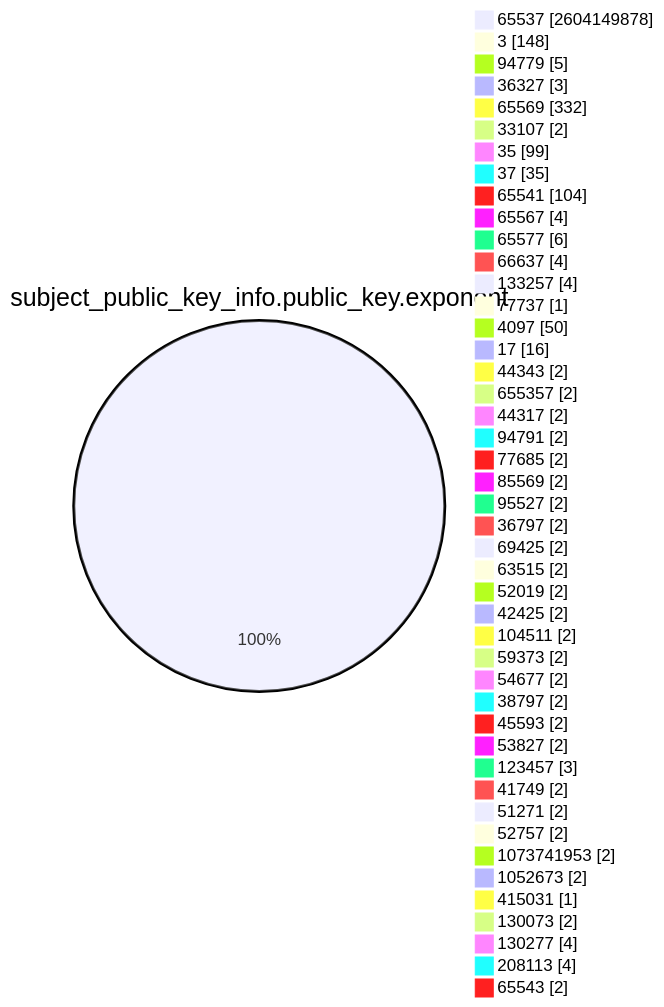
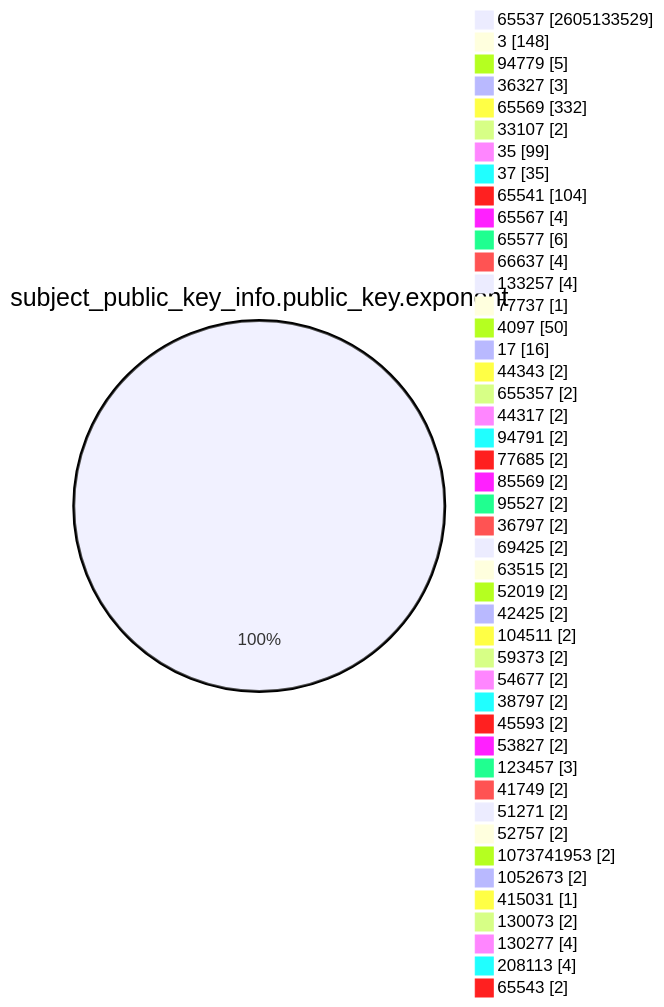
Before and after one commit to christiankrug/ctmonitor_visualization: the fourth of 15 diagrams in TOTAL/README.md, drawn with Mermaid. The commit also changed other lines of this file, not shown here.

````diff
--- a/TOTAL/README.md
+++ b/TOTAL/README.md
@@ -1465,49 +1465,49 @@
 ```mermaid
 pie showData
 title subject_public_key_info.public_key.exponent
-"65537" :2604149878
+"65537" :2605133529
 "3" :148
 "94779" :5
 "36327" :3
 "65569" :332
 "33107" :2
 "35" :99
 "37" :35
 "65541" :104
 "65567" :4
 "65577" :6
 "66637" :4
 "133257" :4
 "77737" :1
 "4097" :50
 "17" :16
 "44343" :2
 "655357" :2
 "44317" :2
 "94791" :2
 "77685" :2
 "85569" :2
 "95527" :2
 "36797" :2
 "69425" :2
 "63515" :2
 "52019" :2
 "42425" :2
 "104511" :2
 "59373" :2
 "54677" :2
 "38797" :2
 "45593" :2
 "53827" :2
 "123457" :3
 "41749" :2
 "51271" :2
 "52757" :2
 "1073741953" :2
 "1052673" :2
 "415031" :1
 "130073" :2
 "130277" :4
 "208113" :4
 "65543" :2
 ```
````
